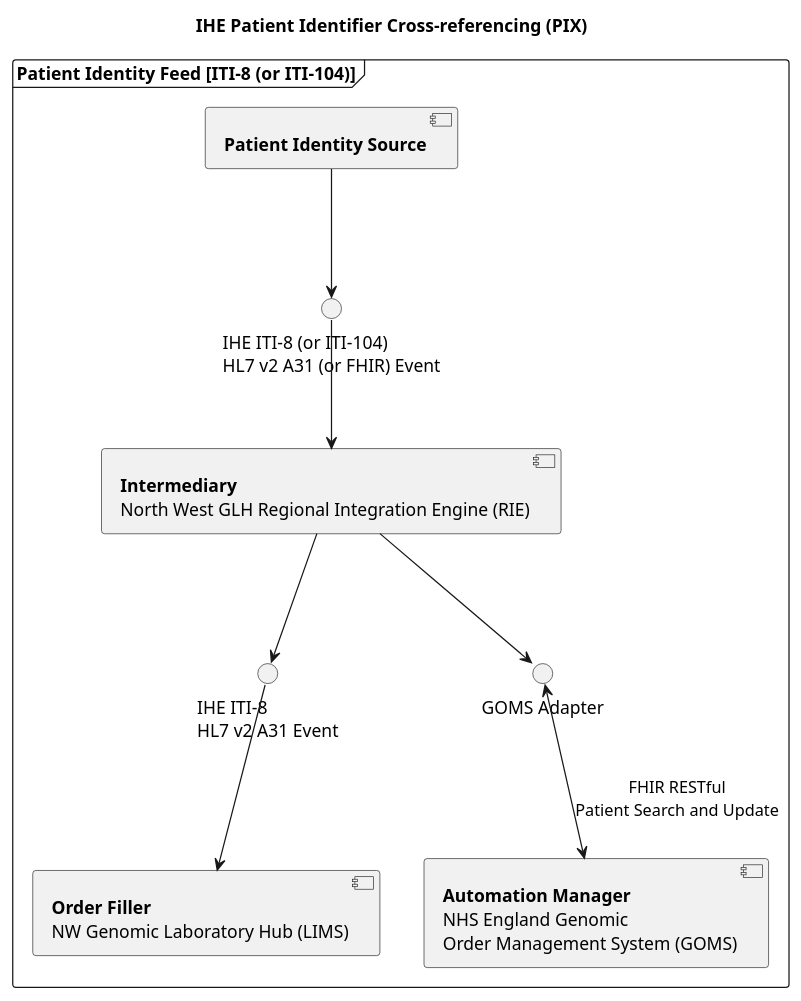
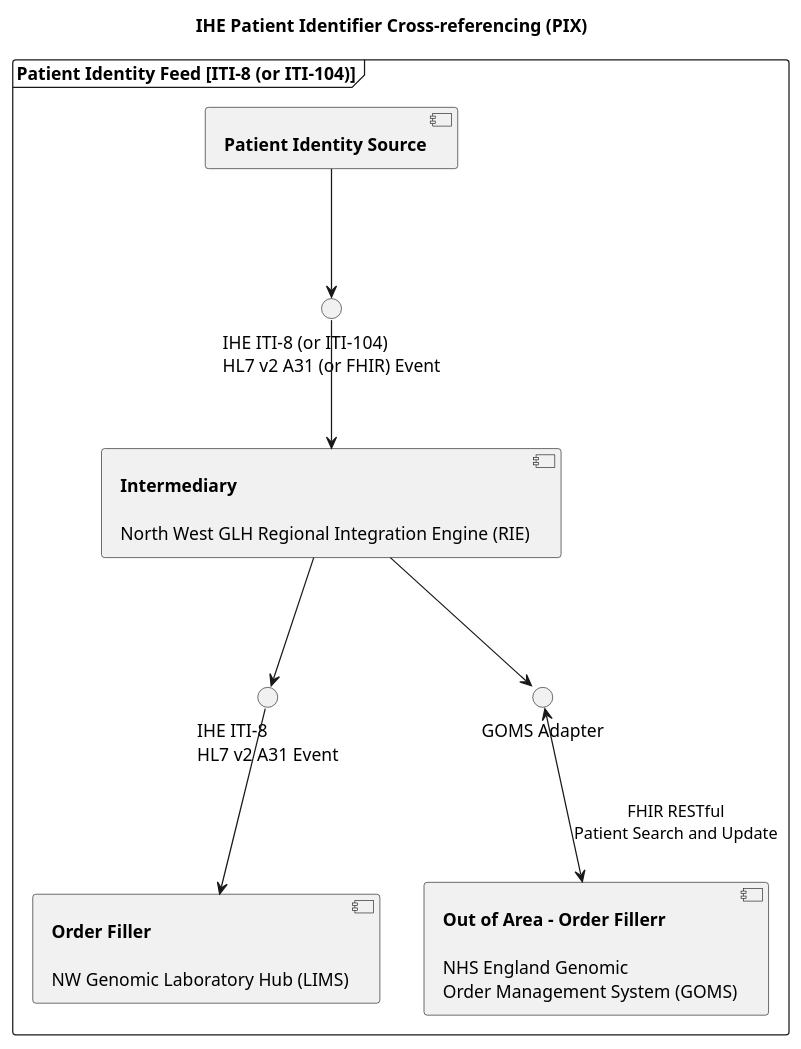
One commit to nw-gmsa/nw-gmsa.github.com changed the diagram in input/images-source/PIX-component.plantuml. Above: the diagram before and after it, drawn with PlantUML. The commit also changed 2 other files, not shown here.

```diff
--- a/input/images-source/PIX-component.plantuml
+++ b/input/images-source/PIX-component.plantuml
@@ -1,26 +1,26 @@
 @startuml
 
 title "IHE Patient Identifier Cross-referencing (PIX)"
 
 frame "Patient Identity Feed [ITI-8 (or ITI-104)]" as PIX {
 
-  component "**Order Filler**\nNW Genomic Laboratory Hub (LIMS)" as LIMS
+  component "**Order Filler**\n\nNW Genomic Laboratory Hub (LIMS)" as LIMS
   component "**Patient Identity Source**" as EPR
-  component "**Intermediary**\nNorth West GLH Regional Integration Engine (RIE)" as TIE
-  component "**Automation Manager**\nNHS England Genomic\nOrder Management System (GOMS)" as GOMS
+  component "**Intermediary**\n\nNorth West GLH Regional Integration Engine (RIE)" as TIE
+  component "**Out of Area - Order Fillerr**\n\nNHS England Genomic\nOrder Management System (GOMS)" as GOMS
 
  interface "IHE ITI-8 (or ITI-104)\nHL7 v2 A31 (or FHIR) Event" as HL7_ORM1
 
  interface "IHE ITI-8\nHL7 v2 A31 Event" as HL7_ORM2
  interface "GOMS Adapter" as REST
 
   TIE -d-> REST
   REST <-d-> GOMS : FHIR RESTful\nPatient Search and Update
   EPR -d-> HL7_ORM1
   HL7_ORM1 -d-> TIE
   TIE -d-> HL7_ORM2
 }
 
 HL7_ORM2 -d-> LIMS
 
 @enduml
```
